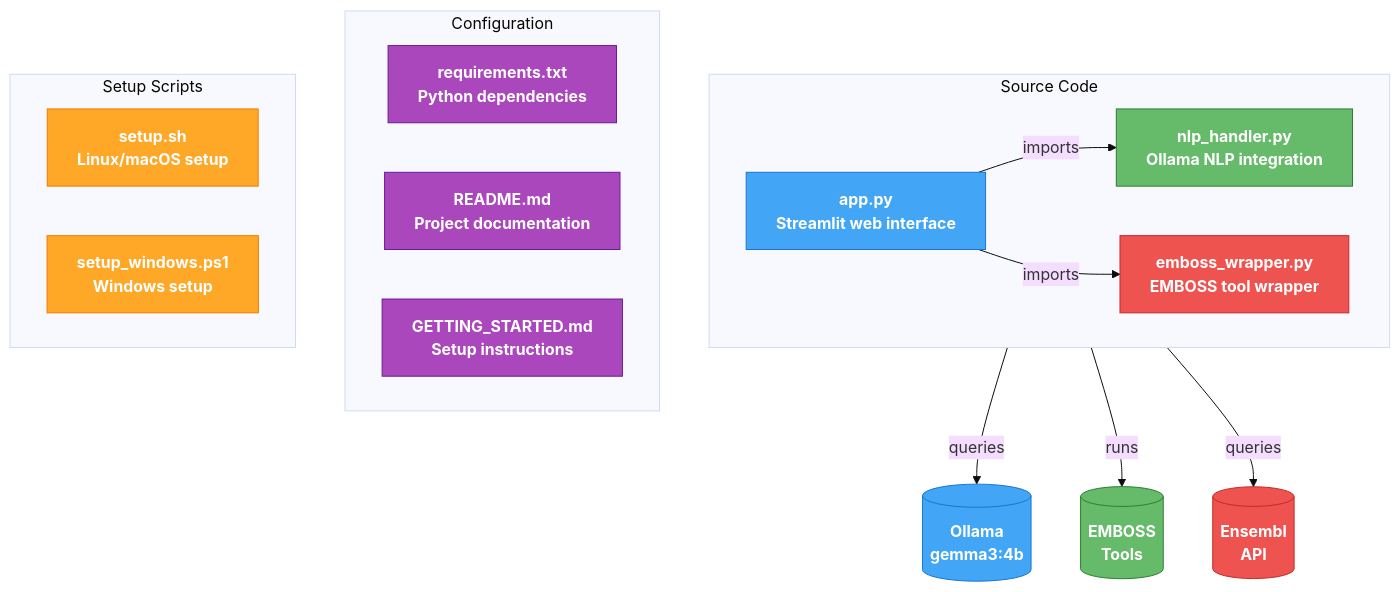
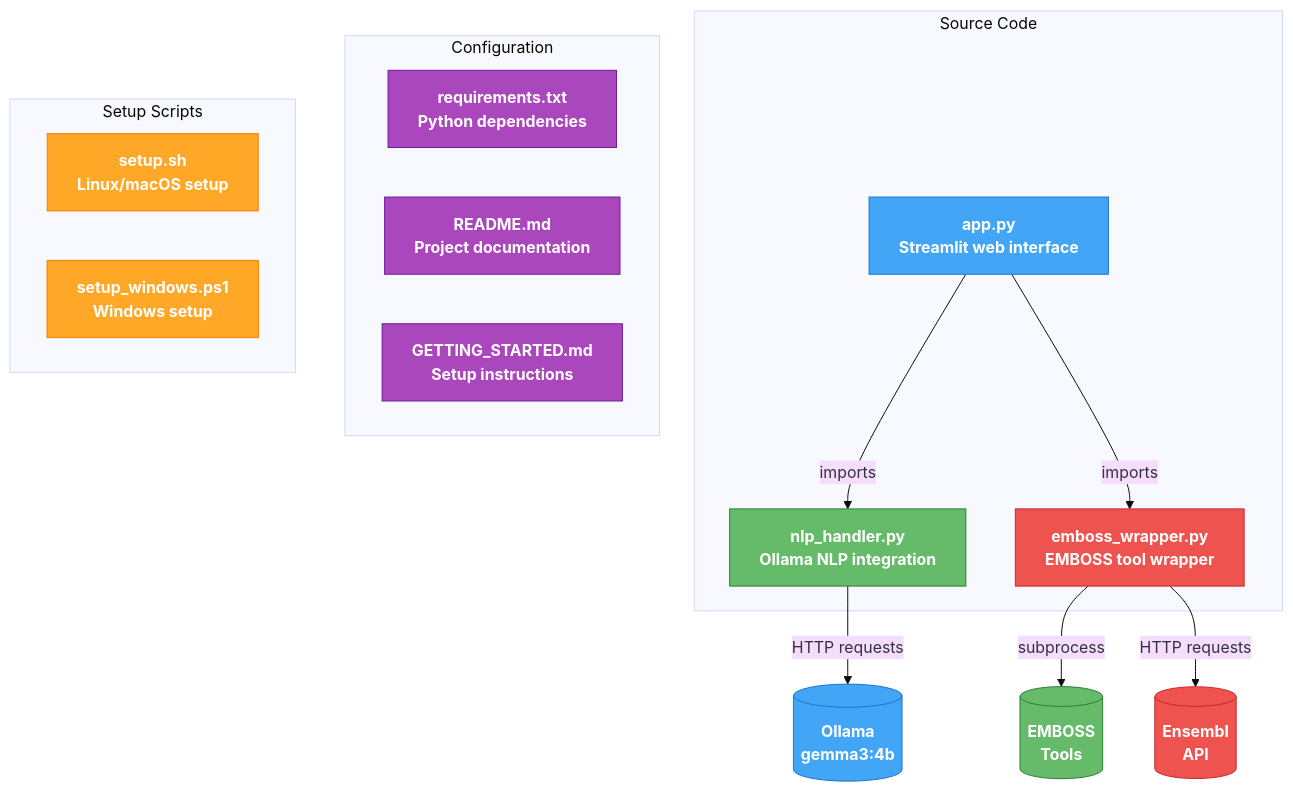
Before and after one commit to caagendaz/BME110-final: the eighth of 9 diagrams in ARCHITECTURE.md, drawn with Mermaid (base theme).

Commit message:
Fix File Structure diagram connections
- Made external API connections explicit and visible
- nlp_handler.py connects to Ollama with HTTP requests
- emboss_wrapper.py connects to EMBOSS Tools with subprocess calls
- emboss_wrapper.py connects to Ensembl API with HTTP requests
- Improved clarity of data flow

````diff
--- a/ARCHITECTURE.md
+++ b/ARCHITECTURE.md
@@ -263,37 +263,37 @@
 ```mermaid
 graph TB
     subgraph Code["Source Code"]
         APP["app.py<br/>Streamlit web interface"]
         NLP["nlp_handler.py<br/>Ollama NLP integration"]
         EMBOSS["emboss_wrapper.py<br/>EMBOSS tool wrapper"]
         APP -->|imports| NLP
         APP -->|imports| EMBOSS
     end
     
     subgraph Config["Configuration"]
         REQ["requirements.txt<br/>Python dependencies"]
         README["README.md<br/>Project documentation"]
         GETTING["GETTING_STARTED.md<br/>Setup instructions"]
     end
     
     subgraph Setup["Setup Scripts"]
         SETUP_SH["setup.sh<br/>Linux/macOS setup"]
         SETUP_PS["setup_windows.ps1<br/>Windows setup"]
     end
     
-    Code -->|queries| Ollama[("Ollama<br/>gemma3:4b")]
-    Code -->|runs| Tools[("EMBOSS<br/>Tools")]
-    Code -->|queries| Ensembl[("Ensembl<br/>API")]
+    NLP -->|HTTP requests| Ollama[("Ollama<br/>gemma3:4b")]
+    EMBOSS -->|subprocess| Tools[("EMBOSS<br/>Tools")]
+    EMBOSS -->|HTTP requests| Ensembl[("Ensembl<br/>API")]
     
     style APP fill:#42a5f5,stroke:#1976d2,color:#ffffff,font-weight:bold
     style NLP fill:#66bb6a,stroke:#2e7d32,color:#ffffff,font-weight:bold
     style EMBOSS fill:#ef5350,stroke:#c62828,color:#ffffff,font-weight:bold
     style REQ fill:#ab47bc,stroke:#6a1b9a,color:#ffffff,font-weight:bold
     style README fill:#ab47bc,stroke:#6a1b9a,color:#ffffff,font-weight:bold
     style GETTING fill:#ab47bc,stroke:#6a1b9a,color:#ffffff,font-weight:bold
     style SETUP_SH fill:#ffa726,stroke:#f57c00,color:#ffffff,font-weight:bold
     style SETUP_PS fill:#ffa726,stroke:#f57c00,color:#ffffff,font-weight:bold
     style Ollama fill:#42a5f5,stroke:#1976d2,color:#ffffff,font-weight:bold
     style Tools fill:#66bb6a,stroke:#2e7d32,color:#ffffff,font-weight:bold
     style Ensembl fill:#ef5350,stroke:#c62828,color:#ffffff,font-weight:bold
 ```
````
